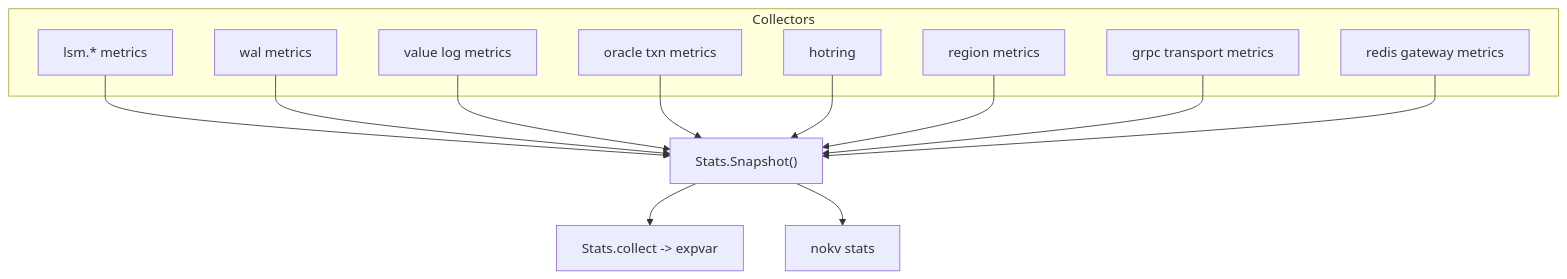
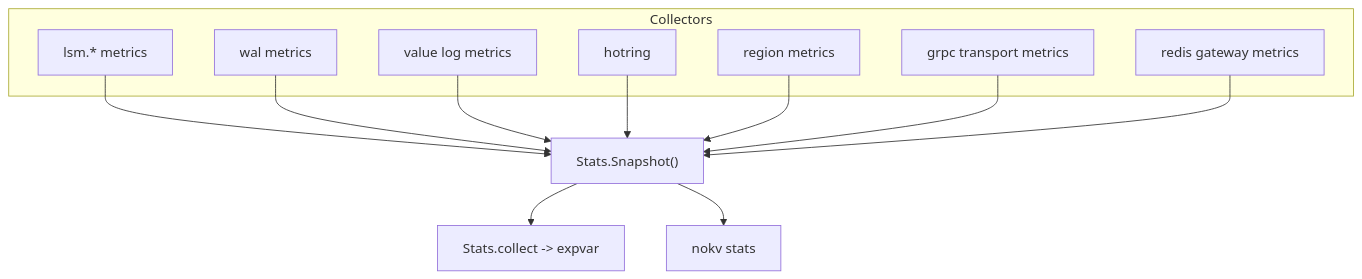
Before and after one commit to feichai0017/NoKV: the diagram in docs/stats.md, drawn with Mermaid. The commit also changed other lines of this file and 25 other files, not shown here.

````diff
--- a/docs/stats.md
+++ b/docs/stats.md
@@ -15,23 +15,21 @@
 ```mermaid
 flowchart TD
     subgraph COLLECTORS["Collectors"]
         LSM["lsm.* metrics"]
         WAL["wal metrics"]
         VLOG["value log metrics"]
-        TXN["oracle txn metrics"]
         HOT["hotring"]
         REGION["region metrics"]
         TRANSPORT["grpc transport metrics"]
         REDIS["redis gateway metrics"]
     end
     LSM --> SNAP["Stats.Snapshot()"]
     WAL --> SNAP
     VLOG --> SNAP
-    TXN --> SNAP
     HOT --> SNAP
     REGION --> SNAP
     TRANSPORT --> SNAP
     REDIS --> SNAP
     SNAP --> EXP["Stats.collect -> expvar"]
     SNAP --> CLI["nokv stats"]
 ```
````
